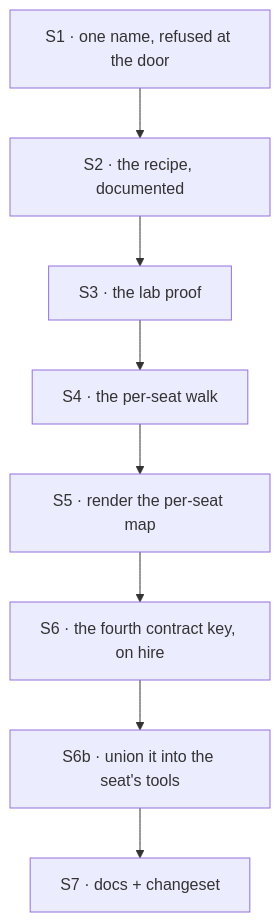
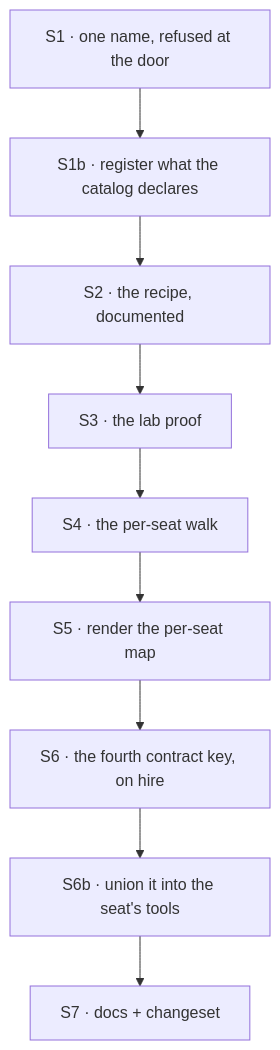
The diagram in spec/FIX-1416/PLAN.md (fixpoint-labs/flow-state-dev), drawn with Mermaid before and after one commit. The commit also changed other lines of this file and 4 other files, not shown here.

````diff
--- a/spec/FIX-1416/PLAN.md
+++ b/spec/FIX-1416/PLAN.md
@@ -29,10 +30,11 @@
 ```mermaid
 flowchart TD
-  S1["S1 · one name, refused at the door"] --> S2["S2 · the recipe, documented"]
+  S1["S1 · one name, refused at the door"] --> S1b["S1b · register what the catalog declares"]
+  S1b --> S2["S2 · the recipe, documented"]
   S2 --> S3["S3 · the lab proof"]
   S3 --> S4["S4 · the per-seat walk"]
   S4 --> S5["S5 · render the per-seat map"]
   S5 --> S6["S6 · the fourth contract key, on hire"]
   S6 --> S6b["S6b · union it into the seat's tools"]
   S6b --> S7["S7 · docs + changeset"]
 ```
````
